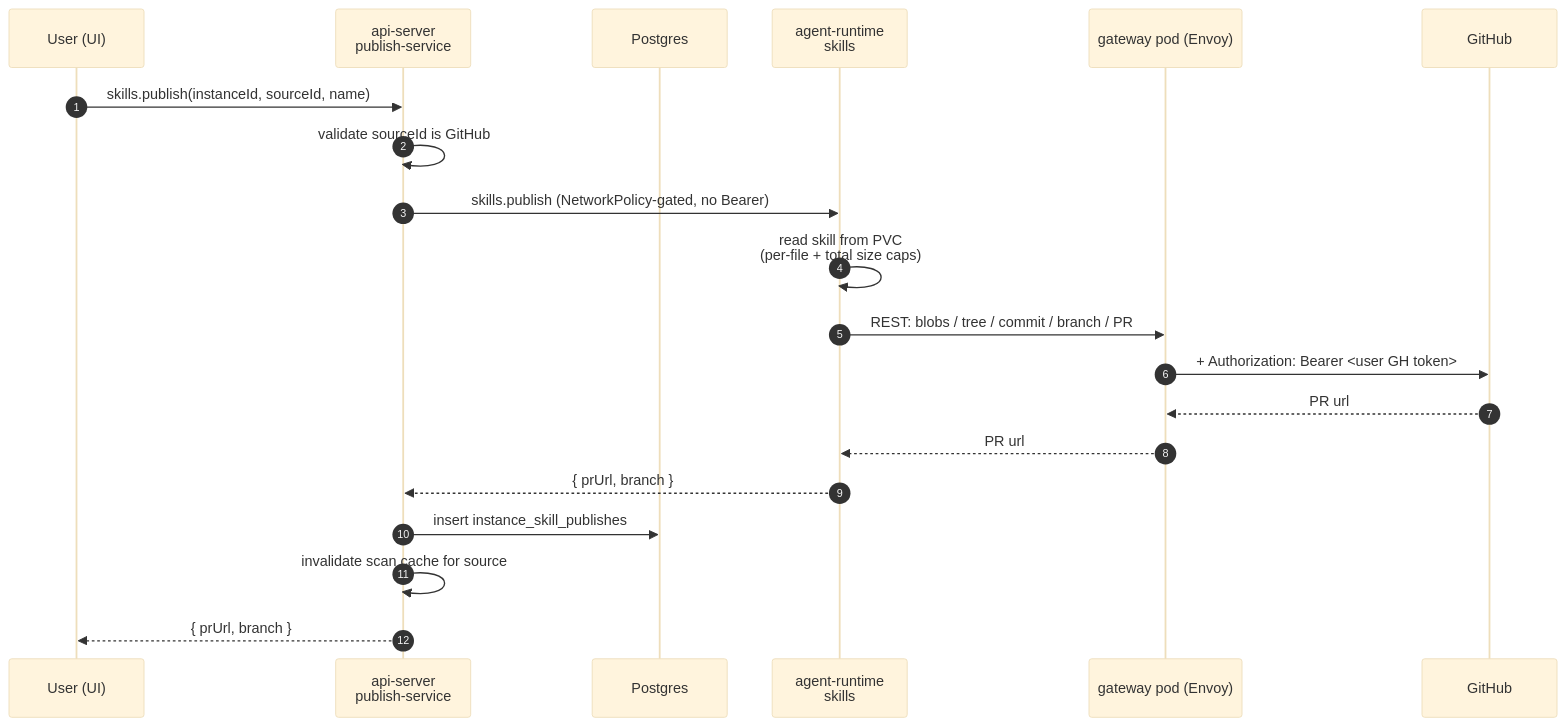
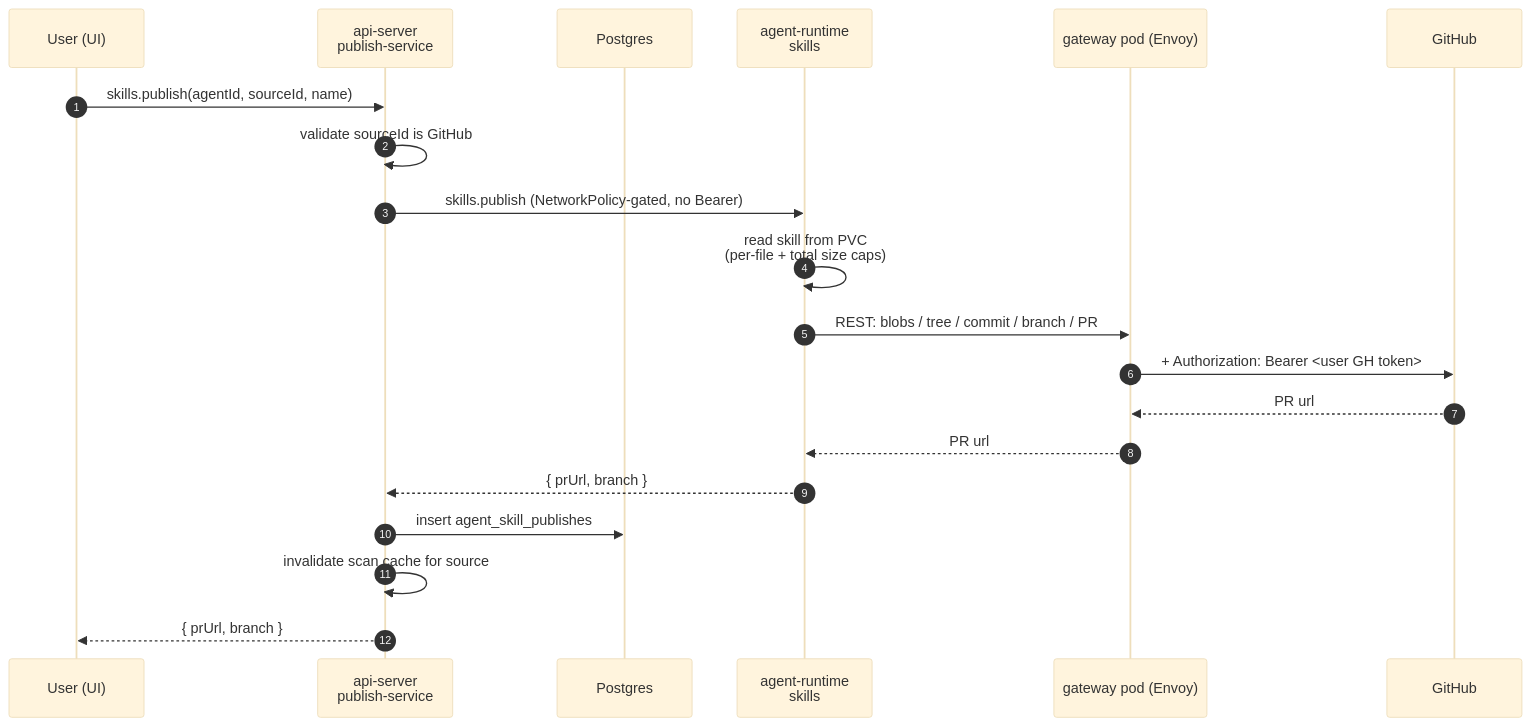
Before and after one commit to subbyte/dam: the third of 3 diagrams in docs/architecture/skills.md, drawn with Mermaid (base theme). The commit also changed other lines of this file and 52 other files, not shown here.

First line of the commit message:
refactor(api): extract Zod input schemas from tRPC routers (#326)

````diff
--- a/docs/architecture/skills.md
+++ b/docs/architecture/skills.md
@@ -178,23 +178,23 @@
 ```mermaid
 sequenceDiagram
   autonumber
   participant U as User (UI)
   participant API as api-server<br/>publish-service
   participant DB as Postgres
   participant RT as agent-runtime<br/>skills
   participant ENV as gateway pod (Envoy)
   participant GH as GitHub
 
-  U->>API: skills.publish(instanceId, sourceId, name)
+  U->>API: skills.publish(agentId, sourceId, name)
   API->>API: validate sourceId is GitHub
   API->>RT: skills.publish (NetworkPolicy-gated, no Bearer)
   RT->>RT: read skill from PVC<br/>(per-file + total size caps)
   RT->>ENV: REST: blobs / tree / commit / branch / PR
   ENV->>GH: + Authorization: Bearer <user GH token>
   GH-->>ENV: PR url
   ENV-->>RT: PR url
   RT-->>API: { prUrl, branch }
-  API->>DB: insert instance_skill_publishes
+  API->>DB: insert agent_skill_publishes
   API->>API: invalidate scan cache for source
   API-->>U: { prUrl, branch }
 ```
````
